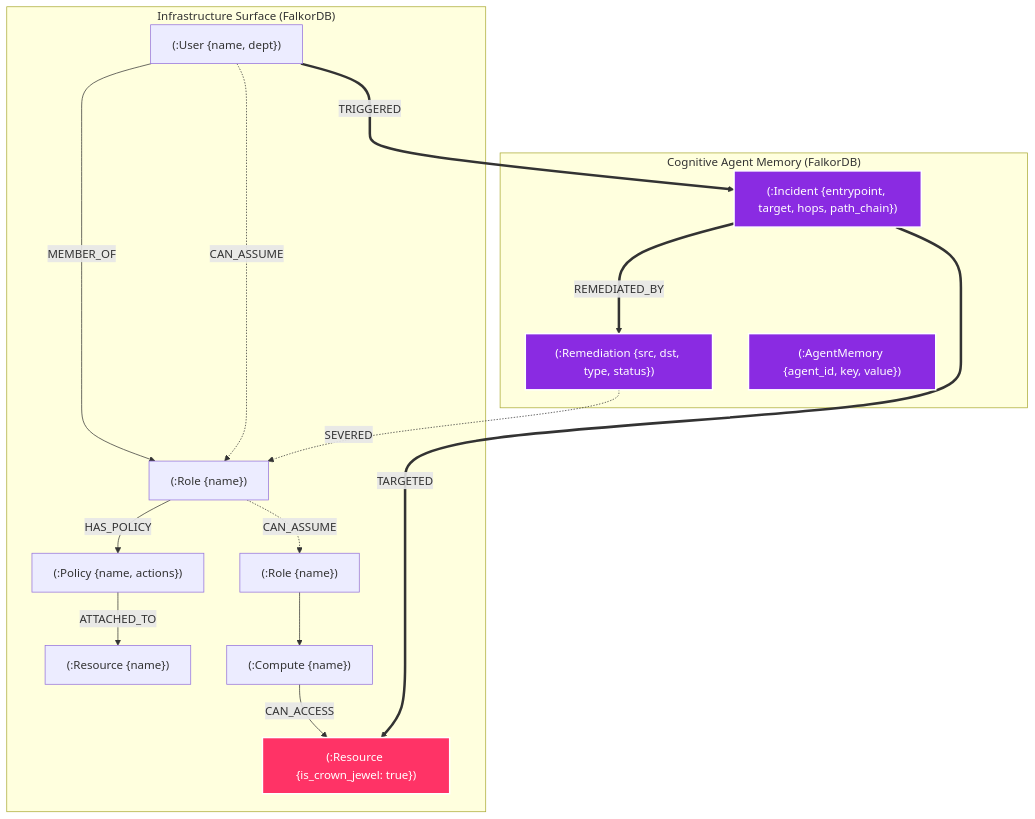
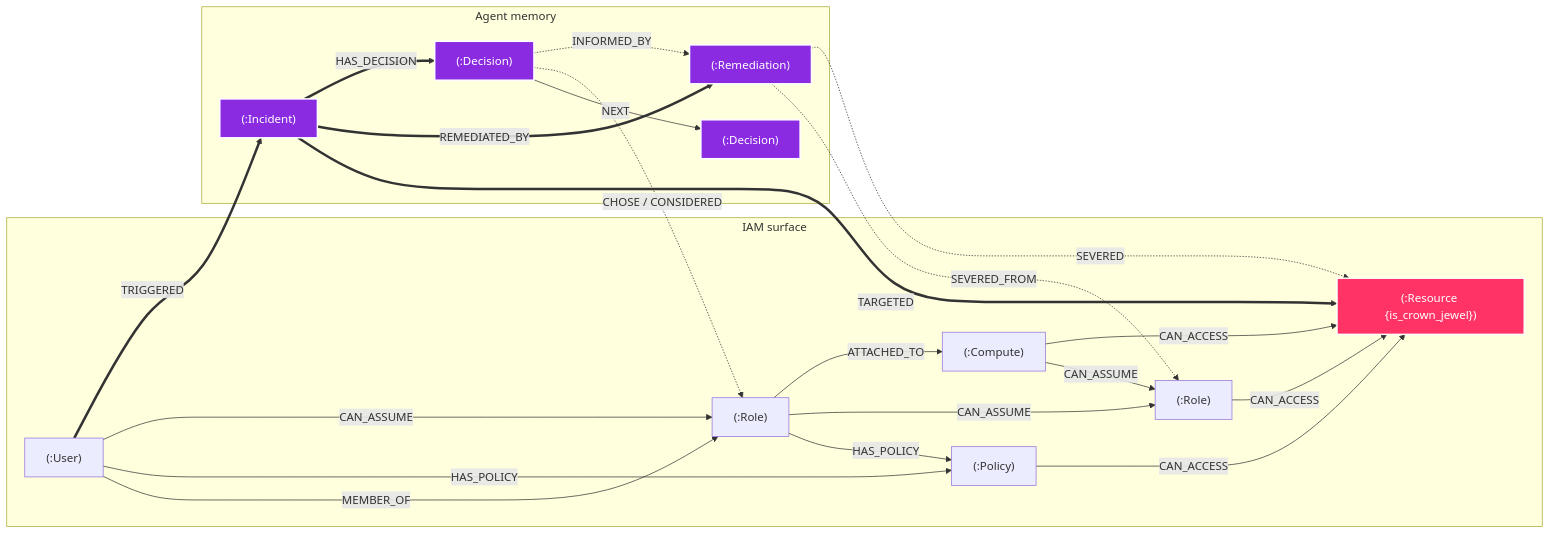
Before and after one commit to Pavan-chegu/ARGUS: the second of 2 diagrams in README.md, drawn with Mermaid. The commit also changed other lines of this file and 6 other files, not shown here.

````diff
--- a/README.md
+++ b/README.md
@@ -54,25 +61,32 @@
 ```mermaid
-graph TD
-    subgraph Infrastructure_Graph ["Infrastructure Surface (FalkorDB)"]
-        User["(:User {name, dept})"] -->|MEMBER_OF| Role["(:Role {name})"]
-        Role -->|HAS_POLICY| Policy["(:Policy {name, actions})"]
-        User -.->|CAN_ASSUME| Role
-        Role -.->|CAN_ASSUME| Role2["(:Role {name})"]
-        Policy -->|ATTACHED_TO| Resource["(:Resource {name})"]
-        Compute["(:Compute {name})"] -->|CAN_ACCESS| CrownJewel["(:Resource {is_crown_jewel: true})"]
-        Role2 --> Compute
+graph LR
+    subgraph Infra ["IAM surface"]
+        U["(:User)"] -->|MEMBER_OF| R["(:Role)"]
+        U -->|HAS_POLICY| P["(:Policy)"]
+        R -->|HAS_POLICY| P
+        U -->|CAN_ASSUME| R
+        R -->|CAN_ASSUME| R2["(:Role)"]
+        C["(:Compute)"] -->|CAN_ASSUME| R2
+        R -->|ATTACHED_TO| C
+        R2 -->|CAN_ACCESS| CJ["(:Resource {is_crown_jewel})"]
+        P -->|CAN_ACCESS| CJ
+        C -->|CAN_ACCESS| CJ
     end
 
-    subgraph Cognitive_Memory ["Cognitive Agent Memory (FalkorDB)"]
-        User ===>|TRIGGERED| Incident["(:Incident {entrypoint, target, hops, path_chain})"]
-        Incident ===>|TARGETED| CrownJewel
-        Incident ===>|REMEDIATED_BY| Remediation["(:Remediation {src, dst, type, status})"]
-        Remediation -.->|SEVERED| Role
-        AgentMemory["(:AgentMemory {agent_id, key, value})"]
+    subgraph Memory ["Agent memory"]
+        U ==>|TRIGGERED| I["(:Incident)"]
+        I ==>|TARGETED| CJ
+        I ==>|REMEDIATED_BY| M["(:Remediation)"]
+        M -.->|SEVERED_FROM| R2
+        M -.->|SEVERED| CJ
+        I ==>|HAS_DECISION| D["(:Decision)"]
+        D -->|NEXT| D2["(:Decision)"]
+        D -.->|CHOSE / CONSIDERED| R
+        D -.->|INFORMED_BY| M
     end
 
     classDef jewel fill:#ff3366,stroke:#fff,stroke-width:2px,color:#fff;
     classDef memory fill:#8a2be2,stroke:#fff,stroke-width:2px,color:#fff;
-    class CrownJewel jewel;
-    class Incident,Remediation,AgentMemory memory;
+    class CJ jewel;
+    class I,M,D,D2 memory;
 ```
````
